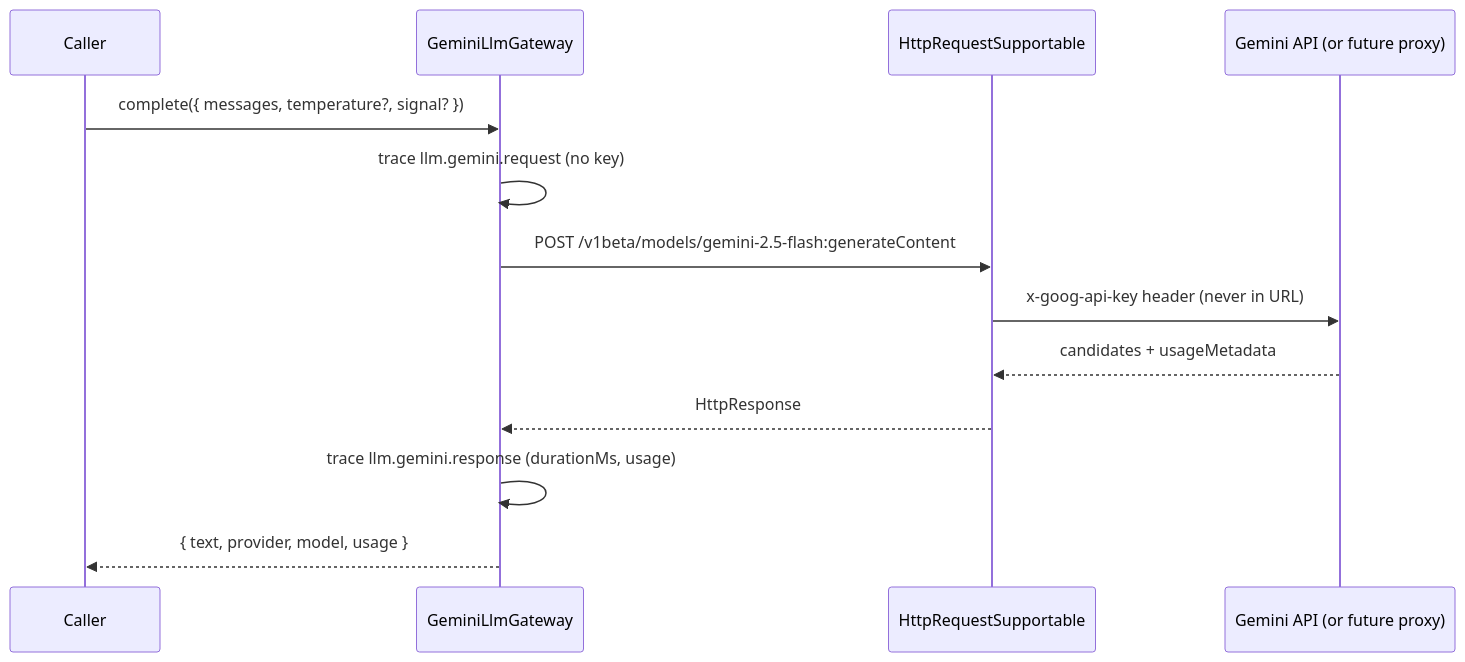
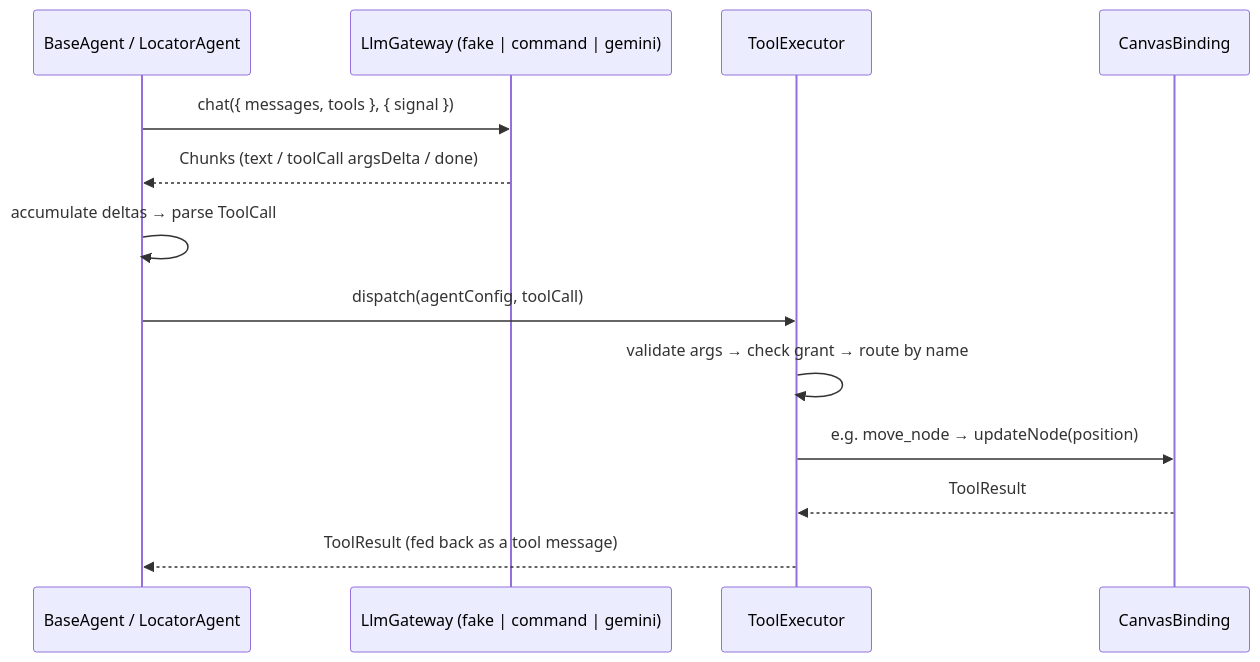
Before and after one commit to lemoncloud-io/eureka-flow: the diagram in docs/browser-agent/Llm-Gateway.md, drawn with Mermaid. The commit also changed other lines of this file and 1 other file, not shown here.

Commit message:
docs(agent): reconcile llm gateway brief with shared contract

````diff
--- a/docs/browser-agent/Llm-Gateway.md
+++ b/docs/browser-agent/Llm-Gateway.md
@@ -78,16 +44,16 @@
 ```mermaid
 sequenceDiagram
-    participant App as Caller
-    participant GW as GeminiLlmGateway
-    participant HTTP as HttpRequestSupportable
-    participant API as Gemini API (or future proxy)
+    participant Agent as BaseAgent / LocatorAgent
+    participant GW as LlmGateway (fake | command | gemini)
+    participant EX as ToolExecutor
+    participant CV as CanvasBinding
 
-    App->>GW: complete({ messages, temperature?, signal? })
-    GW->>GW: trace llm.gemini.request (no key)
-    GW->>HTTP: POST /v1beta/models/gemini-2.5-flash:generateContent
-    HTTP->>API: x-goog-api-key header (never in URL)
-    API-->>HTTP: candidates + usageMetadata
-    HTTP-->>GW: HttpResponse
-    GW->>GW: trace llm.gemini.response (durationMs, usage)
-    GW-->>App: { text, provider, model, usage }
+    Agent->>GW: chat({ messages, tools }, { signal })
+    GW-->>Agent: Chunks (text / toolCall argsDelta / done)
+    Agent->>Agent: accumulate deltas → parse ToolCall
+    Agent->>EX: dispatch(agentConfig, toolCall)
+    EX->>EX: validate args → check grant → route by name
+    EX->>CV: e.g. move_node → updateNode(position)
+    CV-->>EX: ToolResult
+    EX-->>Agent: ToolResult (fed back as a tool message)
 ```
````
